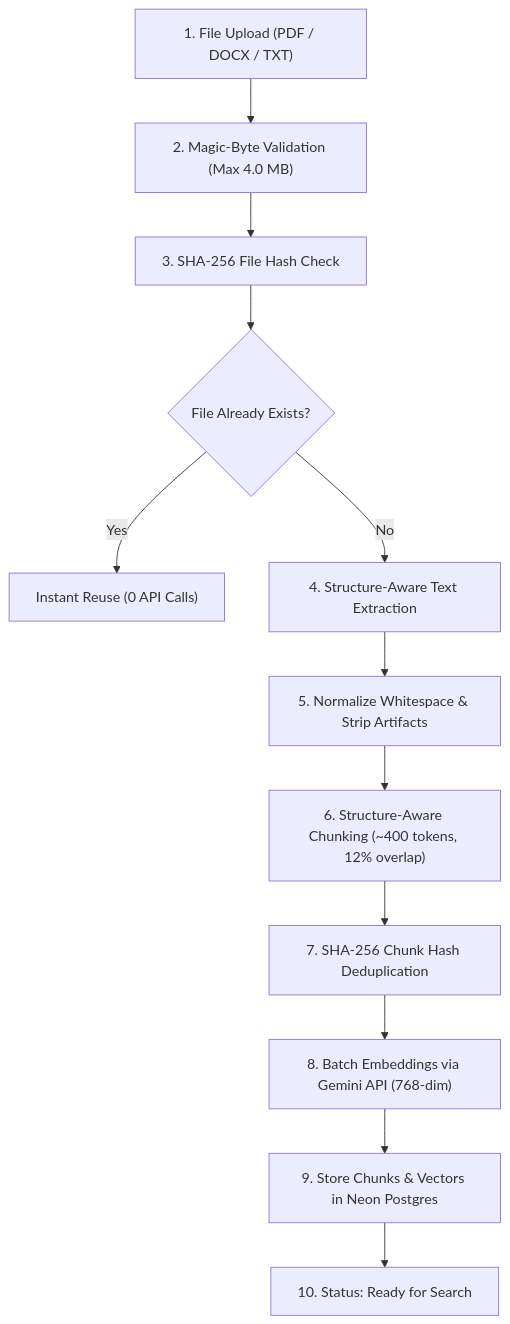
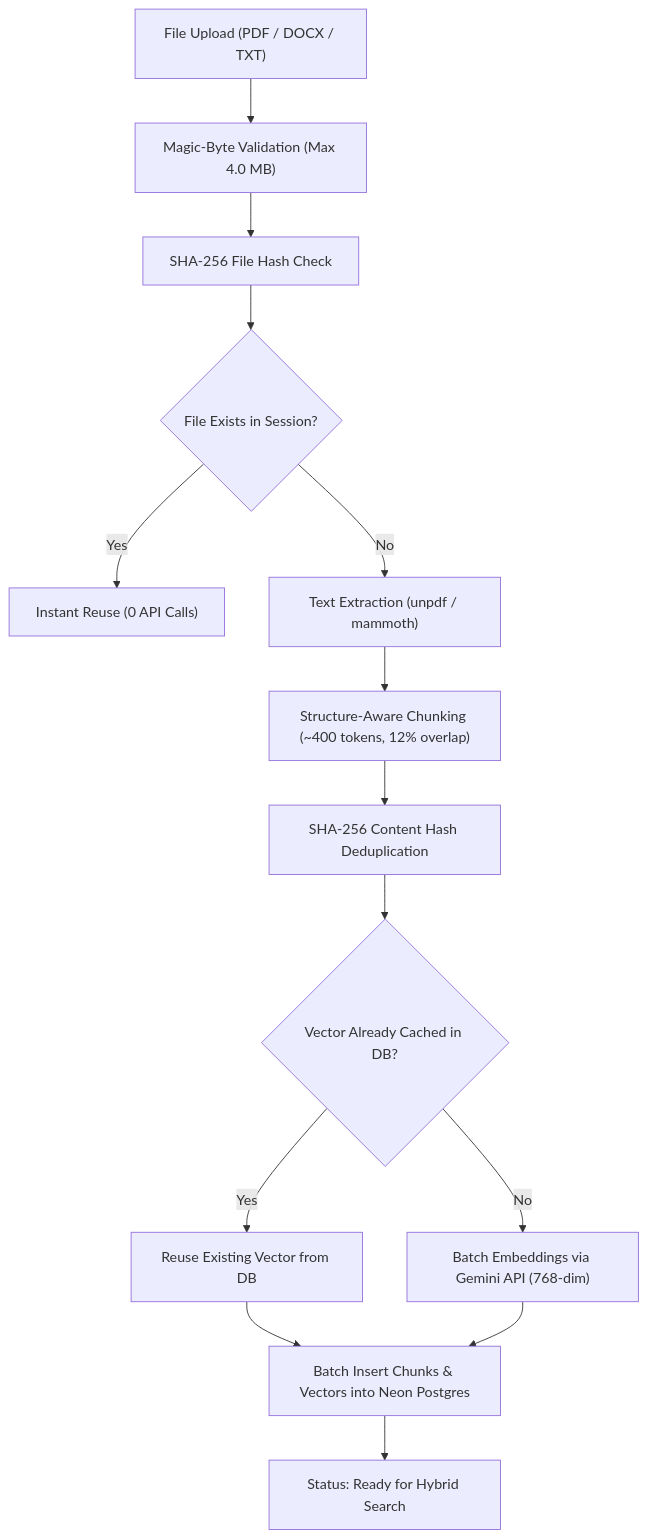
Before and after one commit to nitin7414/knowledgebase: the first of 2 diagrams in README.md, drawn with Mermaid. The commit also changed other lines of this file and 33 other files, not shown here.

````diff
--- a/README.md
+++ b/README.md
@@ -62,14 +72,16 @@
 ```mermaid
 flowchart TD
-    Upload["1. File Upload (PDF / DOCX / TXT)"] --> MagicBytes["2. Magic-Byte Validation (Max 4.0 MB)"]
-    MagicBytes --> FileHash["3. SHA-256 File Hash Check"]
-    FileHash --> DupCheck{"File Already Exists?"}
-    DupCheck -->|Yes| InstantReady["Instant Reuse (0 API Calls)"]
-    DupCheck -->|No| TextExtract["4. Structure-Aware Text Extraction"]
-    TextExtract --> Clean["5. Normalize Whitespace & Strip Artifacts"]
-    Clean --> Chunker["6. Structure-Aware Chunking (~400 tokens, 12% overlap)"]
-    Chunker --> ChunkHash["7. SHA-256 Chunk Hash Deduplication"]
-    ChunkHash --> BatchEmbed["8. Batch Embeddings via Gemini API (768-dim)"]
-    BatchEmbed --> DBInsert["9. Store Chunks & Vectors in Neon Postgres"]
-    DBInsert --> ReadyStatus["10. Status: Ready for Search"]
+    A["File Upload (PDF / DOCX / TXT)"] --> B["Magic-Byte Validation (Max 4.0 MB)"]
+    B --> C["SHA-256 File Hash Check"]
+    C --> D{"File Exists in Session?"}
+    D -->|Yes| E["Instant Reuse (0 API Calls)"]
+    D -->|No| F["Text Extraction (unpdf / mammoth)"]
+    F --> G["Structure-Aware Chunking (~400 tokens, 12% overlap)"]
+    G --> H["SHA-256 Content Hash Deduplication"]
+    H --> I{"Vector Already Cached in DB?"}
+    I -->|Yes| J["Reuse Existing Vector from DB"]
+    I -->|No| K["Batch Embeddings via Gemini API (768-dim)"]
+    J --> L["Batch Insert Chunks & Vectors into Neon Postgres"]
+    K --> L
+    L --> M["Status: Ready for Hybrid Search"]
 ```
````
